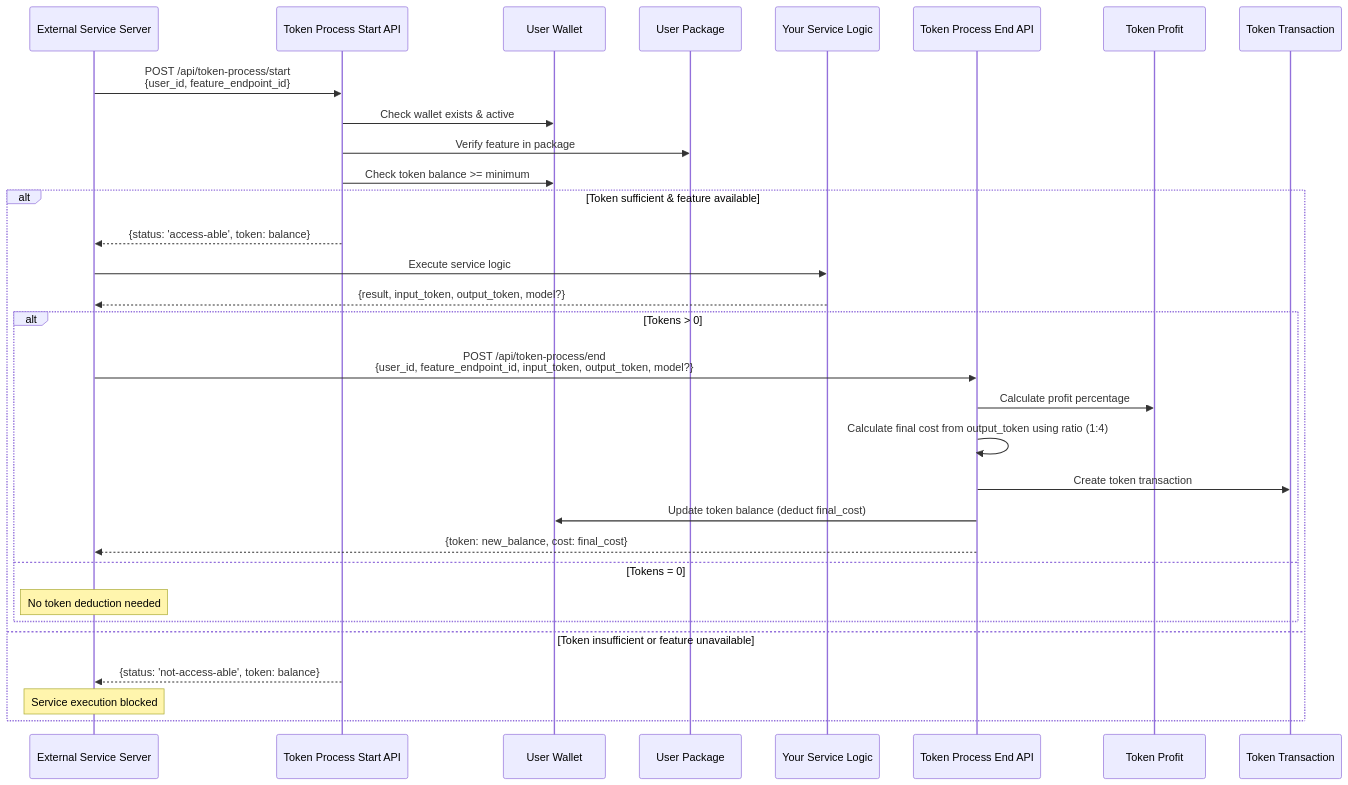
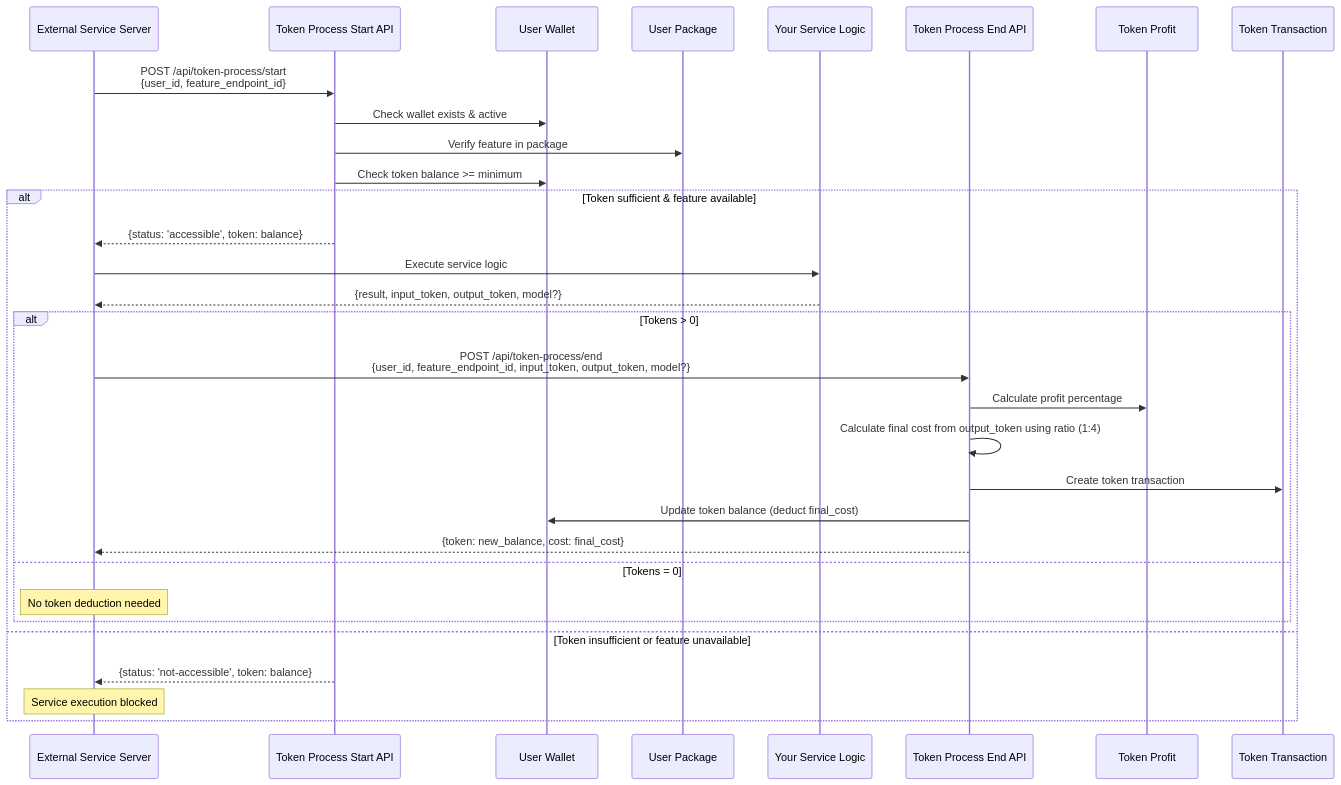
One commit to foysalahmedmin/zaaz-server changed the first of 2 diagrams in documents/TOKEN_PROCESS_USAGE_GUIDE.md. Above: the diagram before and after it, drawn with Mermaid. The commit also changed other lines of this file and 4 other files, not shown here.

Commit message:
Update Token start and end proecss response status

````diff
--- a/documents/TOKEN_PROCESS_USAGE_GUIDE.md
+++ b/documents/TOKEN_PROCESS_USAGE_GUIDE.md
@@ -39,36 +39,36 @@
 ```mermaid
 sequenceDiagram
     participant Client as External Service Server
     participant StartAPI as Token Process Start API
     participant Wallet as User Wallet
     participant Package as User Package
     participant Service as Your Service Logic
     participant EndAPI as Token Process End API
     participant Profit as Token Profit
     participant Transaction as Token Transaction
 
     Client->>StartAPI: POST /api/token-process/start<br/>{user_id, feature_endpoint_id}
     StartAPI->>Wallet: Check wallet exists & active
     StartAPI->>Package: Verify feature in package
     StartAPI->>Wallet: Check token balance >= minimum
 
         alt Token sufficient & feature available
-        StartAPI-->>Client: {status: 'access-able', token: balance}
+        StartAPI-->>Client: {status: 'accessible', token: balance}
         Client->>Service: Execute service logic
         Service-->>Client: {result, input_token, output_token, model?}
 
         alt Tokens > 0
             Client->>EndAPI: POST /api/token-process/end<br/>{user_id, feature_endpoint_id, input_token, output_token, model?}
             EndAPI->>Profit: Calculate profit percentage
             EndAPI->>EndAPI: Calculate final cost from output_token using ratio (1:4)
             EndAPI->>Transaction: Create token transaction
             EndAPI->>Wallet: Update token balance (deduct final_cost)
             EndAPI-->>Client: {token: new_balance, cost: final_cost}
         else Tokens = 0
             Note over Client: No token deduction needed
         end
     else Token insufficient or feature unavailable
-        StartAPI-->>Client: {status: 'not-access-able', token: balance}
+        StartAPI-->>Client: {status: 'not-accessible', token: balance}
         Note over Client: Service execution blocked
     end
 ```
````
